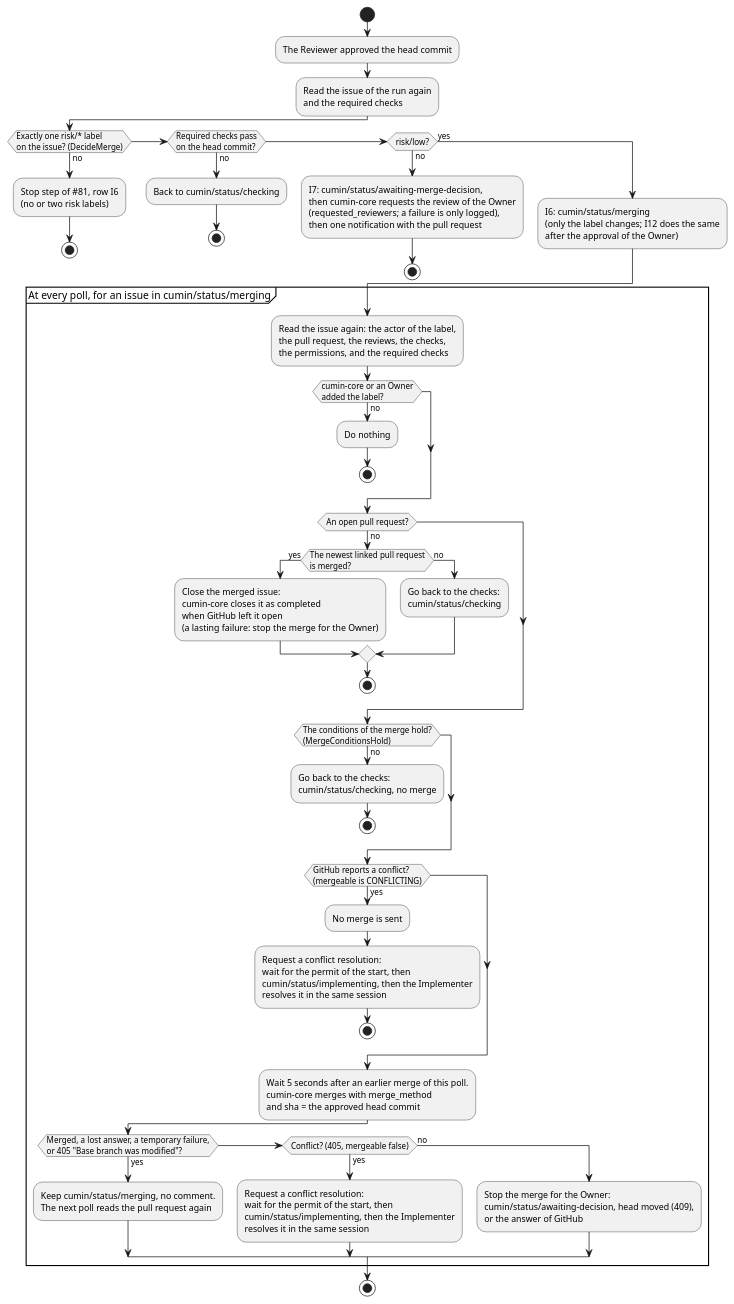
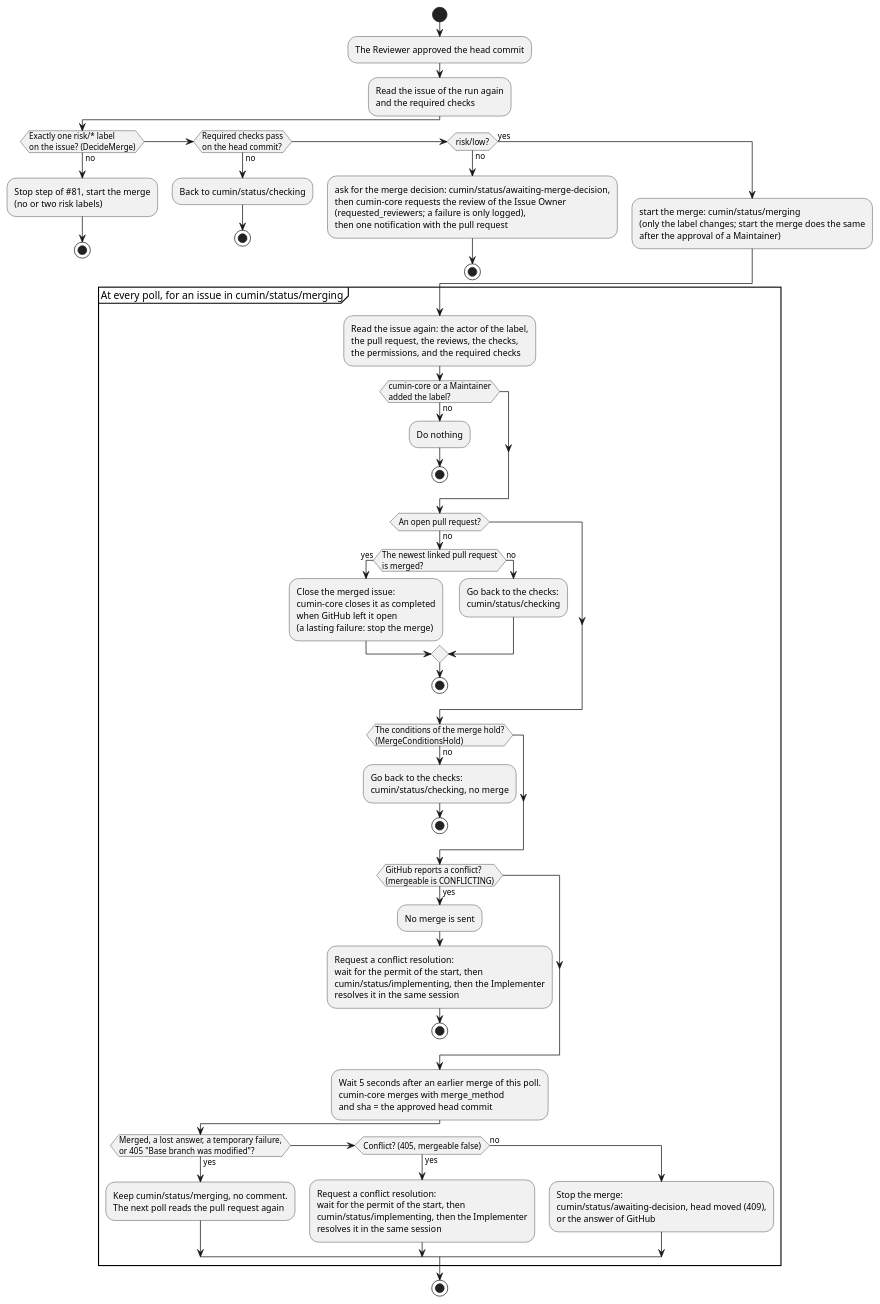
The diagram in docs/ja/designs/poll-merge.puml (cloveclovedev/cumin-works), drawn with PlantUML before and after one commit. The commit also changed 19 other files, not shown here.

```diff
--- a/docs/ja/designs/poll-merge.puml
+++ b/docs/ja/designs/poll-merge.puml
@@ -1,88 +1,88 @@
 @startuml poll-merge
-' cumin works - the approved pull request (I6, I7) and the steps in cumin/status/merging.
+' cumin works - the approved pull request (start the merge, ask for the merge decision) and the steps in cumin/status/merging.
 ' Document: poll.md, section on the merge step.
 ' Render: run scripts/render-diagrams.sh at the root of the repository.
 skinparam shadowing false
 skinparam defaultFontName sans-serif
 
 start
 :The Reviewer approved the head commit;
 :Read the issue of the run again
 and the required checks;
 if (Exactly one risk/* label
 on the issue? (DecideMerge)) then (no)
-  :Stop step of #81, row I6
+  :Stop step of #81, start the merge
   (no or two risk labels);
   stop
 elseif (Required checks pass
 on the head commit?) then (no)
   :Back to cumin/status/checking;
   stop
 elseif (risk/low?) then (no)
-  :I7: cumin/status/awaiting-merge-decision,
-  then cumin-core requests the review of the Owner
+  :ask for the merge decision: cumin/status/awaiting-merge-decision,
+  then cumin-core requests the review of the Issue Owner
   (requested_reviewers; a failure is only logged),
   then one notification with the pull request;
   stop
 else (yes)
-  :I6: cumin/status/merging
-  (only the label changes; I12 does the same
-  after the approval of the Owner);
+  :start the merge: cumin/status/merging
+  (only the label changes; start the merge does the same
+  after the approval of a Maintainer);
 endif
 partition "At every poll, for an issue in cumin/status/merging" {
   :Read the issue again: the actor of the label,
   the pull request, the reviews, the checks,
   the permissions, and the required checks;
-  if (cumin-core or an Owner
+  if (cumin-core or a Maintainer
 added the label?) then (no)
     :Do nothing;
     stop
   endif
   if (An open pull request?) then (no)
     if (The newest linked pull request
 is merged?) then (yes)
       :Close the merged issue:
       cumin-core closes it as completed
       when GitHub left it open
-      (a lasting failure: stop the merge for the Owner);
+      (a lasting failure: stop the merge);
     else (no)
       :Go back to the checks:
       cumin/status/checking;
     endif
     stop
   endif
   if (The conditions of the merge hold?
 (MergeConditionsHold)) then (no)
     :Go back to the checks:
     cumin/status/checking, no merge;
     stop
   endif
   if (GitHub reports a conflict?
 (mergeable is CONFLICTING)) then (yes)
     :No merge is sent;
     :Request a conflict resolution:
     wait for the permit of the start, then
     cumin/status/implementing, then the Implementer
     resolves it in the same session;
     stop
   endif
   :Wait 5 seconds after an earlier merge of this poll.
   cumin-core merges with merge_method
   and sha = the approved head commit;
   if (Merged, a lost answer, a temporary failure,
 or 405 "Base branch was modified"?) then (yes)
     :Keep cumin/status/merging, no comment.
     The next poll reads the pull request again;
   elseif (Conflict? (405, mergeable false)) then (yes)
     :Request a conflict resolution:
     wait for the permit of the start, then
     cumin/status/implementing, then the Implementer
     resolves it in the same session;
   else (no)
-    :Stop the merge for the Owner:
+    :Stop the merge:
     cumin/status/awaiting-decision, head moved (409),
     or the answer of GitHub;
   endif
 }
 stop
 @enduml
```
